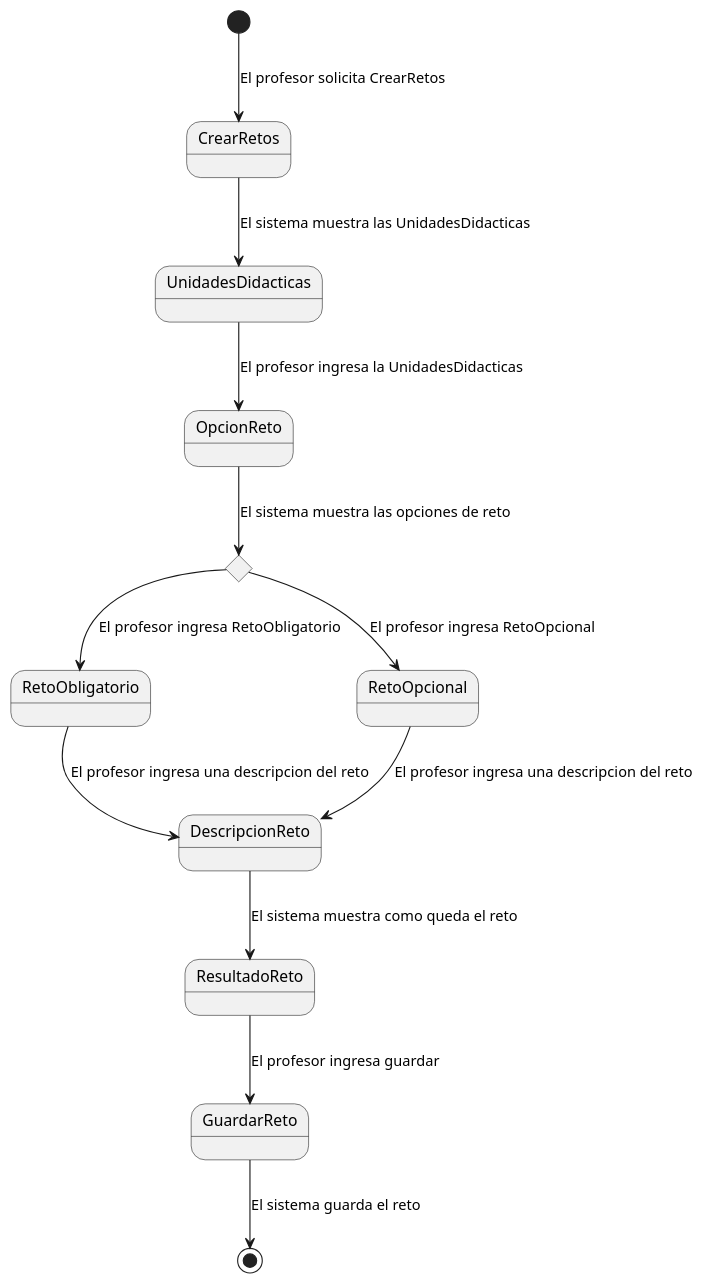
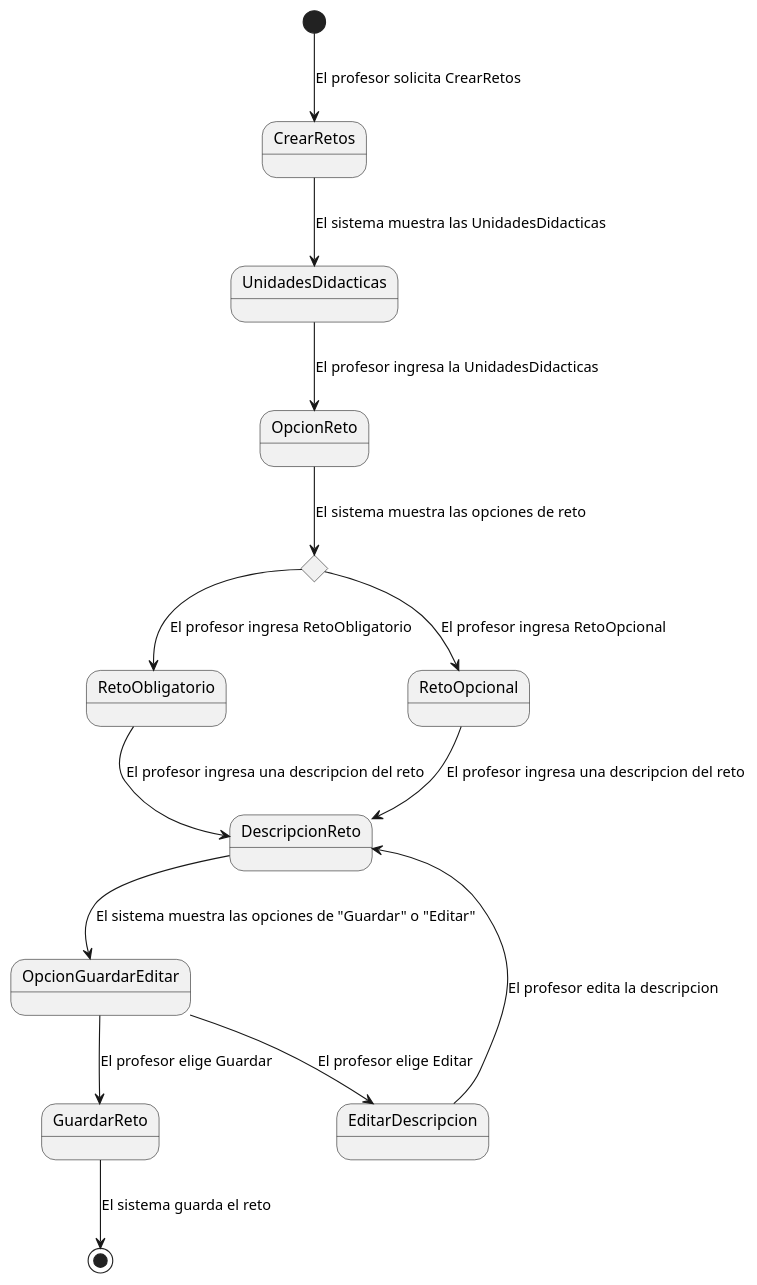
One commit to mmasias/24-25-IdSw1-SDR changed the diagram in Documentos/DetallarCasosDeUso/CrearRetos.puml. Above: the diagram before and after it, drawn with PlantUML.

Commit message:
Ahora se puede editar descripcion reto

```diff
--- a/Documentos/DetallarCasosDeUso/CrearRetos.puml
+++ b/Documentos/DetallarCasosDeUso/CrearRetos.puml
@@ -1,16 +1,19 @@
 @startuml
 
 [*] --> CrearRetos : El profesor solicita CrearRetos
 CrearRetos --> UnidadesDidacticas : El sistema muestra las UnidadesDidacticas
 UnidadesDidacticas --> OpcionReto : El profesor ingresa la UnidadesDidacticas
 state reto <<choice>>
 OpcionReto --> reto : El sistema muestra las opciones de reto
 reto --> RetoObligatorio : El profesor ingresa RetoObligatorio
 reto --> RetoOpcional : El profesor ingresa RetoOpcional
 RetoObligatorio --> DescripcionReto : El profesor ingresa una descripcion del reto
 RetoOpcional --> DescripcionReto : El profesor ingresa una descripcion del reto
-DescripcionReto --> ResultadoReto : El sistema muestra como queda el reto
-ResultadoReto --> GuardarReto : El profesor ingresa guardar
+DescripcionReto --> OpcionGuardarEditar : El sistema muestra las opciones de "Guardar" o "Editar"
+state OpcionGuardarEditar <<choice>>
+OpcionGuardarEditar --> GuardarReto : El profesor elige Guardar
+OpcionGuardarEditar --> EditarDescripcion : El profesor elige Editar
+EditarDescripcion --> DescripcionReto : El profesor edita la descripcion
 GuardarReto --> [*] : El sistema guarda el reto
 
 @enduml
```
